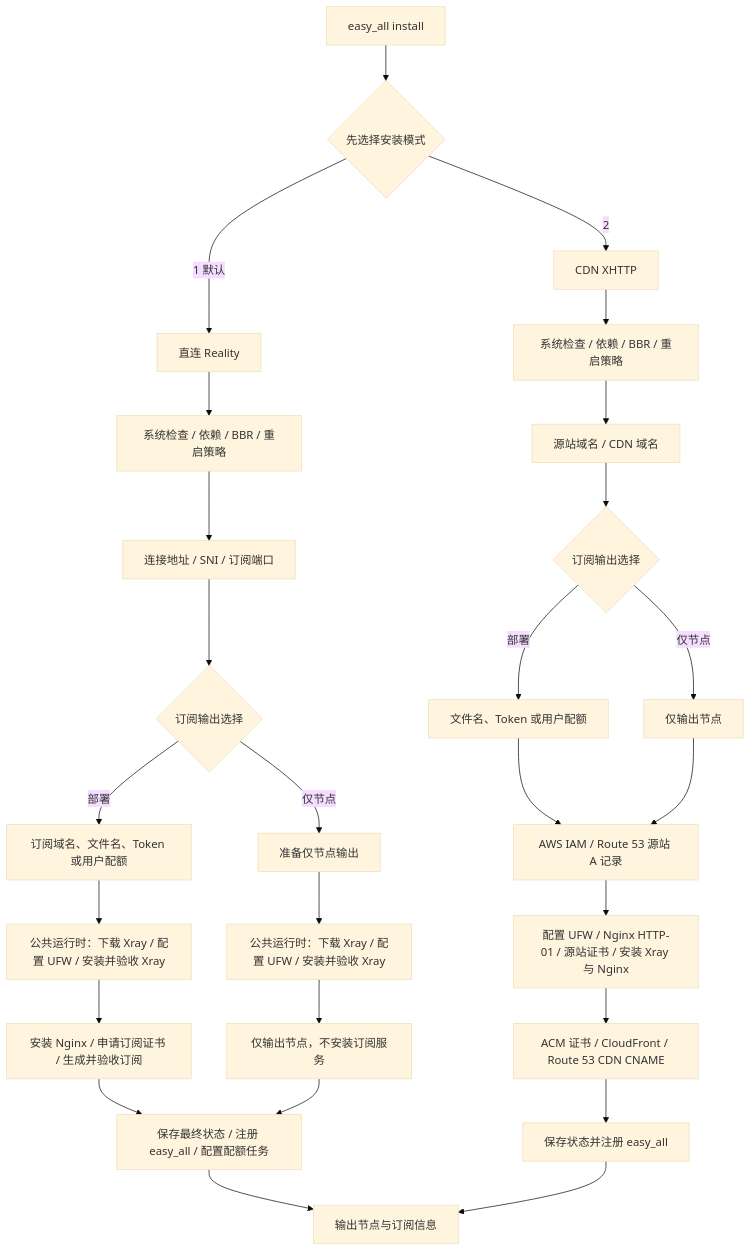
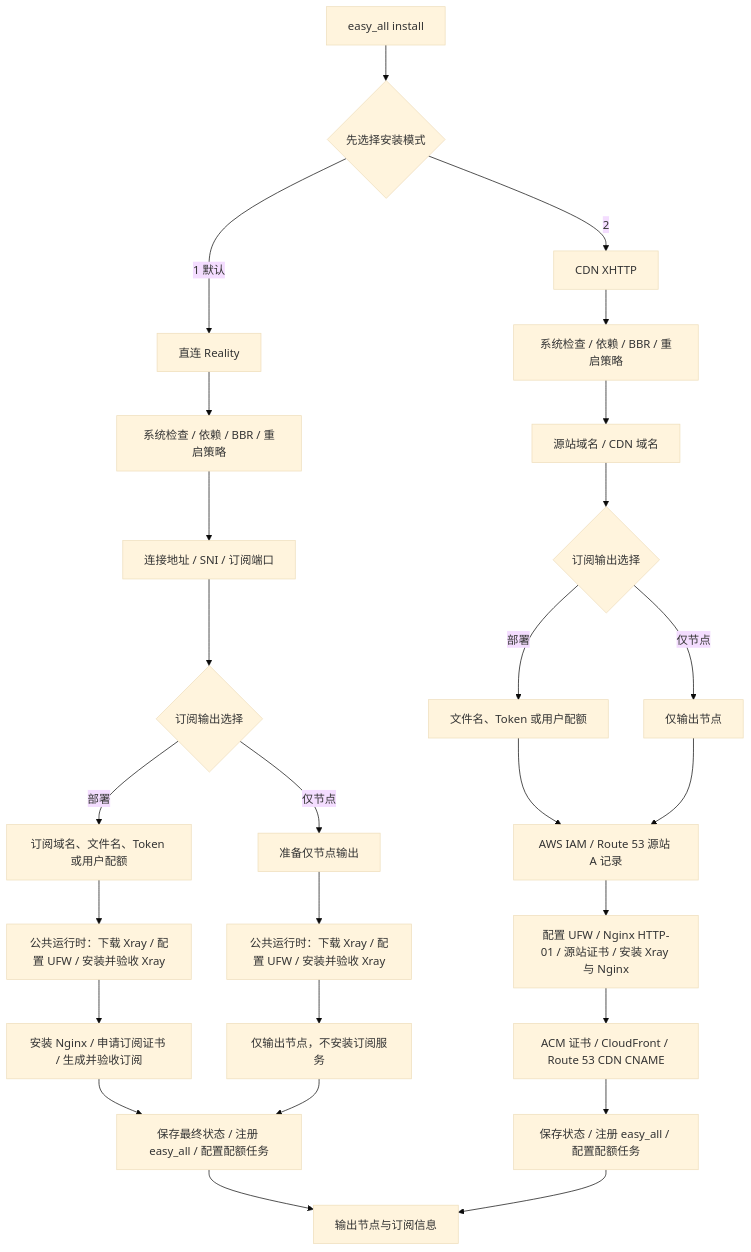
The diagram in README.md (v2yiz/easy_all), drawn with Mermaid (base theme) before and after one commit. The commit also changed 2 other files, not shown here.

Commit message:
CDN链接的配额说明

````diff
--- a/README.md
+++ b/README.md
@@ -64,31 +64,31 @@
 ```mermaid
 flowchart TD
     A[easy_all install] --> B{先选择安装模式}
 
     B -->|1 默认| R0[直连 Reality]
     R0 --> R1[系统检查 / 依赖 / BBR / 重启策略]
     R1 --> R2[连接地址 / SNI / 订阅端口]
     R2 --> R3{订阅输出选择}
     R3 -->|部署| R4[订阅域名、文件名、Token 或用户配额]
     R3 -->|仅节点| R5[准备仅节点输出]
     R4 --> R6D[公共运行时：下载 Xray / 配置 UFW / 安装并验收 Xray]
     R5 --> R6L[公共运行时：下载 Xray / 配置 UFW / 安装并验收 Xray]
     R6D --> R8[安装 Nginx / 申请订阅证书 / 生成并验收订阅]
     R6L --> R9[仅输出节点，不安装订阅服务]
     R8 --> R10[保存最终状态 / 注册 easy_all / 配置配额任务]
     R9 --> R10
     R10 --> Z[输出节点与订阅信息]
 
     B -->|2| X0[CDN XHTTP]
     X0 --> X1[系统检查 / 依赖 / BBR / 重启策略]
     X1 --> X2[源站域名 / CDN 域名]
     X2 --> X3{订阅输出选择}
     X3 -->|部署| X4[文件名、Token 或用户配额]
     X3 -->|仅节点| X5[仅输出节点]
     X4 --> X6[AWS IAM / Route 53 源站 A 记录]
     X5 --> X6
     X6 --> X7[配置 UFW / Nginx HTTP-01 / 源站证书 / 安装 Xray 与 Nginx]
     X7 --> X8[ACM 证书 / CloudFront / Route 53 CDN CNAME]
-    X8 --> X9[保存状态并注册 easy_all]
+    X8 --> X9[保存状态 / 注册 easy_all / 配置配额任务]
     X9 --> Z
 ```
````
